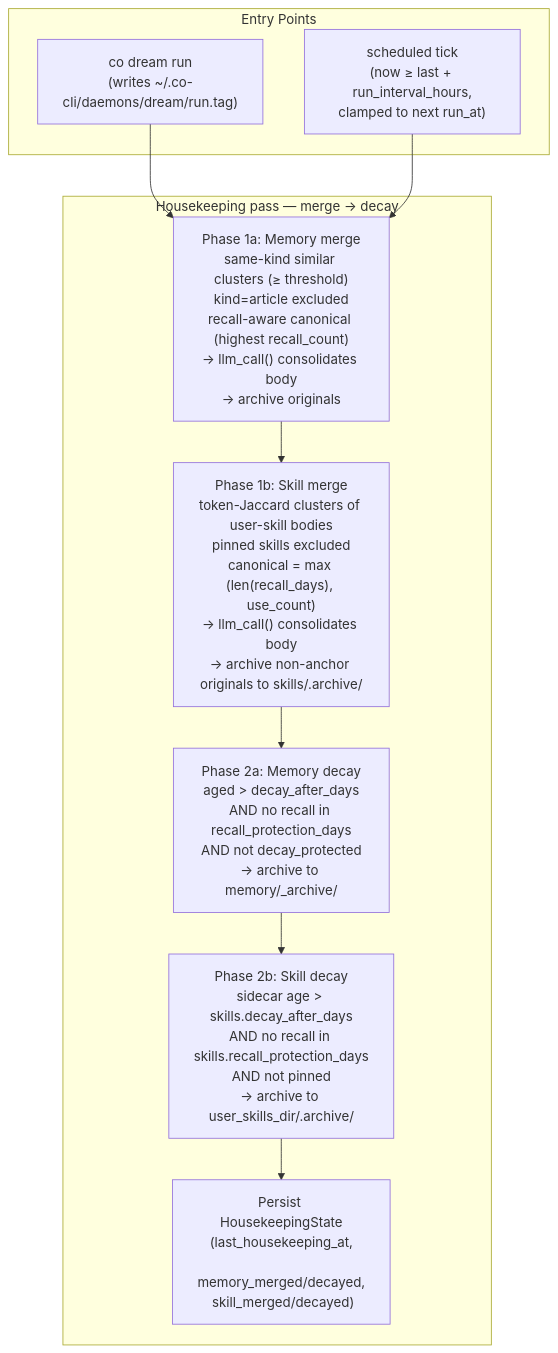
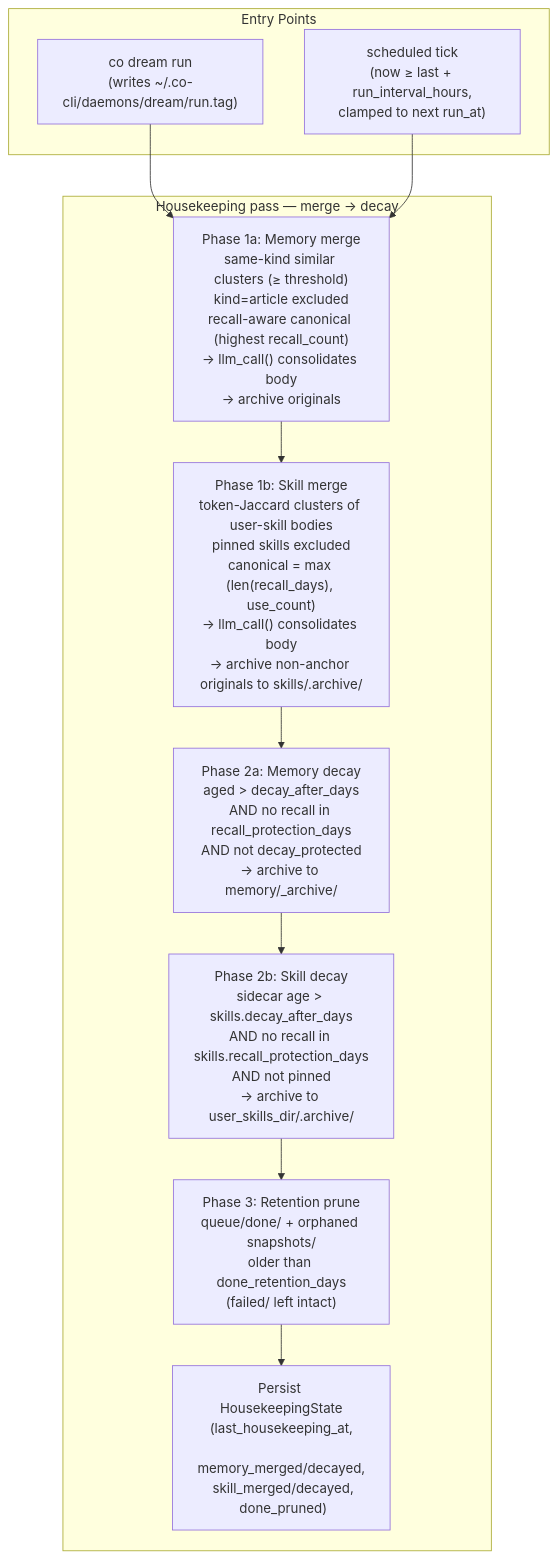
The diagram in docs/specs/dream.md (binlecode/co-cli), drawn with Mermaid before and after one commit. The commit also changed other lines of this file and 25 other files, not shown here.

````diff
--- a/docs/specs/dream.md
+++ b/docs/specs/dream.md
@@ -284,22 +291,24 @@
 ```mermaid
 flowchart TD
     subgraph Entry["Entry Points"]
         Manual["co dream run\n(writes ~/.co-cli/daemons/dream/run.tag)"]
         Auto["scheduled tick\n(now ≥ last + run_interval_hours,\nclamped to next run_at)"]
     end
 
     subgraph Pass["Housekeeping pass — merge → decay"]
         MemMerge["Phase 1a: Memory merge\nsame-kind similar clusters (≥ threshold)\nkind=article excluded\nrecall-aware canonical (highest recall_count)\n→ llm_call() consolidates body\n→ archive originals"]
         SkillMerge["Phase 1b: Skill merge\ntoken-Jaccard clusters of user-skill bodies\npinned skills excluded\ncanonical = max (len(recall_days), use_count)\n→ llm_call() consolidates body\n→ archive non-anchor originals to skills/.archive/"]
         MemDecay["Phase 2a: Memory decay\naged > decay_after_days\nAND no recall in recall_protection_days\nAND not decay_protected\n→ archive to memory/_archive/"]
         SkillDecay["Phase 2b: Skill decay\nsidecar age > skills.decay_after_days\nAND no recall in skills.recall_protection_days\nAND not pinned\n→ archive to user_skills_dir/.archive/"]
-        State["Persist HousekeepingState\n(last_housekeeping_at,\n memory_merged/decayed,\n skill_merged/decayed)"]
+        Prune["Phase 3: Retention prune\nqueue/done/ + orphaned snapshots/\nolder than done_retention_days\n(failed/ left intact)"]
+        State["Persist HousekeepingState\n(last_housekeeping_at,\n memory_merged/decayed,\n skill_merged/decayed,\n done_pruned)"]
     end
 
     Manual --> MemMerge
     Auto --> MemMerge
     MemMerge --> SkillMerge
     SkillMerge --> MemDecay
     MemDecay --> SkillDecay
-    SkillDecay --> State
+    SkillDecay --> Prune
+    Prune --> State
 ```
````
